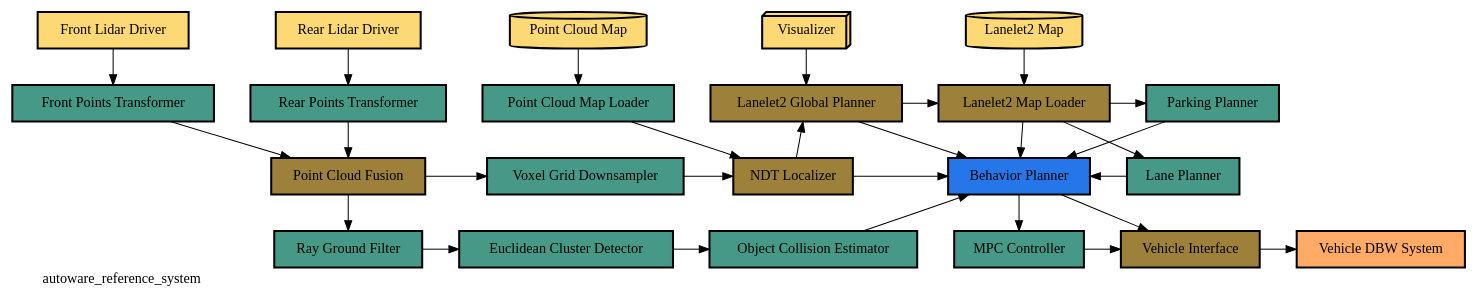
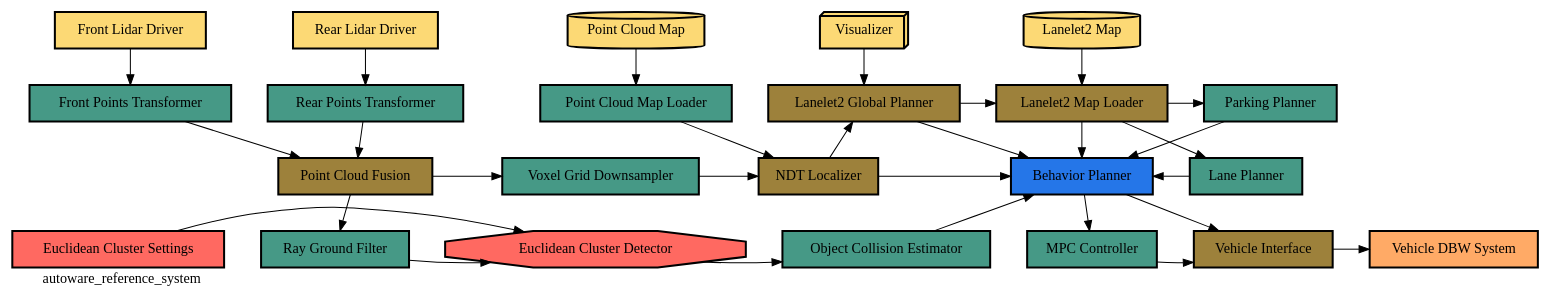
The diagram in autoware_reference_system/autoware_reference_system.dot (ros-realtime/reference-system), drawn with Graphviz before and after one commit. The commit also changed 1 other file, not shown here.

Commit message:
update node graph and svg

```diff
--- a/autoware_reference_system/autoware_reference_system.dot
+++ b/autoware_reference_system/autoware_reference_system.dot
@@ -1,111 +1,124 @@
 digraph G {
     labelloc="b";
     labeljust="l";
     label="autoware_reference_system";
     nodesep=0.5;
     node [shape=box, style=filled, penwidth=2, ordering=in];
     edge [weight=8];
     /* Declare all nodes and style them */
     node [fillcolor="#FCD975"];
     "Front Lidar Driver";
     "Rear Lidar Driver";
     "Point Cloud Map" [shape=cylinder];
     "Visualizer" [shape=box3d];
     "Lanelet2 Map" [shape=cylinder];
 
     node [fillcolor="#469986"];
     "Front Points Transformer";
     "Rear Points Transformer";
     "Point Cloud Map Loader";
     "Voxel Grid Downsampler";
     "Ray Ground Filter";
-    "Euclidean Cluster Detector";
     "Object Collision Estimator";
     "MPC Controller";
     "Lane Planner";
     "Parking Planner";
 
+    node [fillcolor="#FF6961"];
+    "Euclidean Cluster Settings" [shape=box];
+    "Euclidean Cluster Detector" [shape=octagon];
+    
     node [fillcolor="#9D813B"];
     "Point Cloud Fusion";
     "NDT Localizer";
     "Vehicle Interface";
     "Lanelet2 Map Loader";
     "Lanelet2 Global Planner";
 
     node [fillcolor="#2576E8"];
     "Behavior Planner";
 
     node [fillcolor="#ffaa66"];
     "Vehicle DBW System";
 
     /* Declare all edges and style them */
     /* rank 1 */
     {
       rank = same;
       "Front Lidar Driver";
       "Rear Lidar Driver";
       "Point Cloud Map";
       "Visualizer";
       "Lanelet2 Map";
     }
     "Front Lidar Driver" -> "Front Points Transformer";
     "Rear Lidar Driver" -> "Rear Points Transformer";
     "Point Cloud Map" -> "Point Cloud Map Loader";
     "Visualizer" -> "Lanelet2 Global Planner";
     "Lanelet2 Map" -> "Lanelet2 Map Loader";
 
     /* rank 2 */
     {
       rank = same;
       "Front Points Transformer";
       "Rear Points Transformer";
       "Point Cloud Map Loader";
       "Lanelet2 Global Planner";
       "Lanelet2 Map Loader";
       "Parking Planner";
     }
     "Front Points Transformer" -> "Point Cloud Fusion";
     "Rear Points Transformer" -> "Point Cloud Fusion";
     "Point Cloud Map Loader" -> "NDT Localizer";
     "Lanelet2 Global Planner" -> "Lanelet2 Map Loader";
     "Lanelet2 Global Planner" -> "Behavior Planner";
     "Lanelet2 Map Loader" -> "Behavior Planner";
     "Lanelet2 Map Loader" -> "Parking Planner";
     "Parking Planner" -> "Behavior Planner";
     "Lanelet2 Map Loader" -> "Lane Planner" [constraint=false];
 
     /* rank 3 */
     {
       rank = same;
       "Point Cloud Fusion";
       "Voxel Grid Downsampler";
       "NDT Localizer";
       "Behavior Planner";
       "Lane Planner";
     };
     "Point Cloud Fusion" -> "Ray Ground Filter";
     "Point Cloud Fusion" -> "Voxel Grid Downsampler";
     "Voxel Grid Downsampler" -> "NDT Localizer";
     "NDT Localizer" -> "Behavior Planner";
     "NDT Localizer" -> "Lanelet2 Global Planner";
 
     "Behavior Planner" -> "MPC Controller";
     "Behavior Planner" -> "Vehicle Interface";
     "Lane Planner" -> "Behavior Planner" [constraint=false];
 
     /* rank 4 */
     {
       rank = same;
+      "Euclidean Cluster Settings";
       "Ray Ground Filter";
       "Euclidean Cluster Detector";
       "Object Collision Estimator";
       "MPC Controller";
       "Vehicle Interface";
-      "Vehicle DBW System";
+      "Vehicle DBW System" [constraint=false];
     }
+    "Euclidean Cluster Settings" -> "Euclidean Cluster Detector";
     "Ray Ground Filter" -> "Euclidean Cluster Detector";
     "Euclidean Cluster Detector" -> "Object Collision Estimator";
     "Object Collision Estimator" -> "Behavior Planner";
     "MPC Controller" -> "Vehicle Interface";
     "Vehicle Interface" -> "Vehicle DBW System";
+    
+     {
+       rank = same;
+       edge[style=invis];
+       "Euclidean Cluster Settings" -> "Ray Ground Filter" -> "Euclidean Cluster Detector" -> "Object Collision Estimator" -> "MPC Controller" -> "Vehicle Interface";
+       rankdir = LR;
+     }
+    
 }
```
